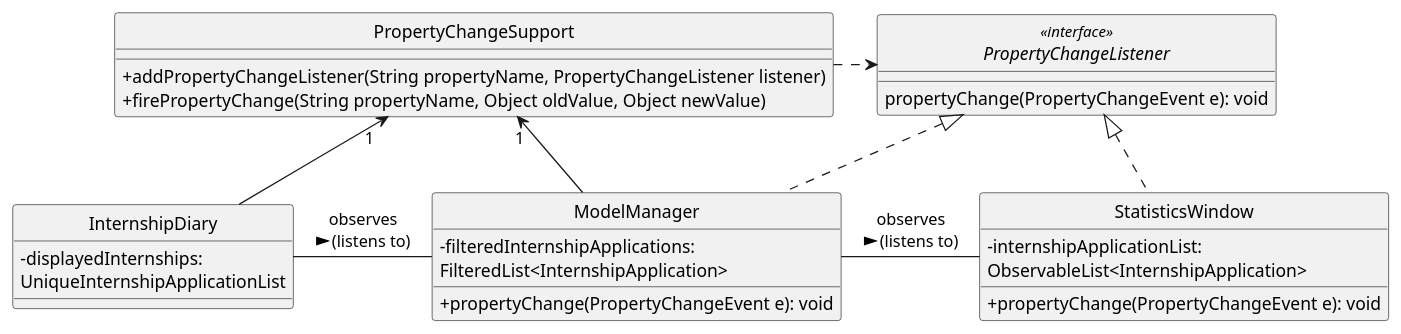
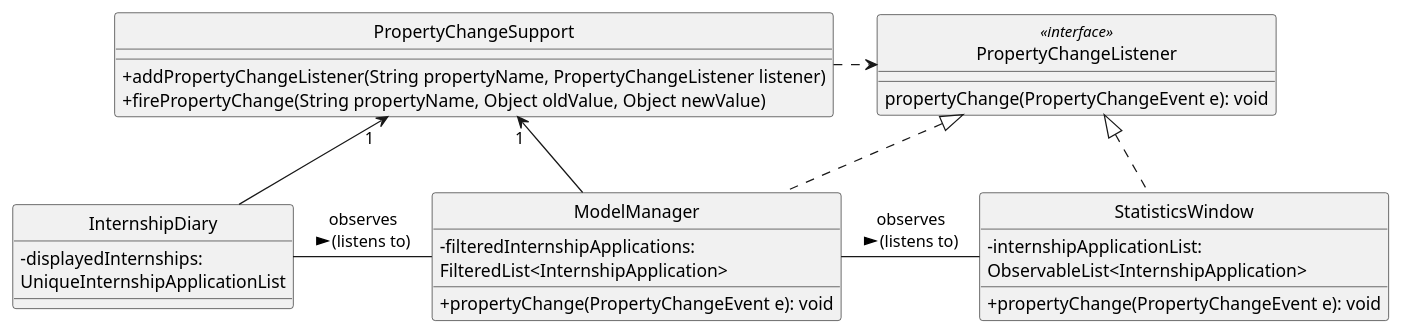
The diagram in docs/diagrams/InternshipDiaryAndModelManagerPropertyChangeClassDiagram.puml (wxwxwxwx9/main), drawn with PlantUML before and after one commit. The commit also changed 9 other files, not shown here.

Commit message:
Created new class diagram for RemovalBased

```diff
--- a/docs/diagrams/InternshipDiaryAndModelManagerPropertyChangeClassDiagram.puml
+++ b/docs/diagrams/InternshipDiaryAndModelManagerPropertyChangeClassDiagram.puml
@@ -1,69 +1,78 @@
 @startuml
 
 hide circle
 skinparam classAttributeIconSize 0
+
+'package Model <<Rectangle>> {
+'    class InternshipDiary
+'    class ModelManager
+'}
+'
+'package UI <<Rectangle>> {
+'    class StatisticsWindow
+'}
 
 Class InternshipDiary {
     - displayedInternships: \nUniqueInternshipApplicationList
 '    - changes: PropertyChangeSupport
 '    + addPropertyChangeListener(ListenerPropertyType propertyType, \nPropertyChangeListener l): void
 '    + firePropertyChange(ListenerPropertyType propertyType, \nObject newValue): void
 }
 
 Class ModelManager implements PropertyChangeListener {
      - filteredInternshipApplications: \nFilteredList<InternshipApplication>
 '    - changes: PropertyChangeSupport
 '    + addPropertyChangeListener(ListenerPropertyType propertyType, \nPropertyChangeListener l): void
 '    + firePropertyChange(ListenerPropertyType propertyType, Object newValue): void
     + propertyChange(PropertyChangeEvent e): void
 '    - refreshFilteredInternshipApplications(Object newInternshipApplications)
 '    - fireAllPropertyChanges(): void
 }
 
 Class StatisticsWindow implements PropertyChangeListener {
     - internshipApplicationList: \nObservableList<InternshipApplication>
     + propertyChange(PropertyChangeEvent e): void
 }
 
-interface PropertyChangeListener <<interface>> {
+class PropertyChangeListener <<interface>> {
     propertyChange(PropertyChangeEvent e): void
 }
 
 class PropertyChangeSupport {
     + addPropertyChangeListener(String propertyName, PropertyChangeListener listener)
     + firePropertyChange(String propertyName, Object oldValue, Object newValue)
 }
 
 InternshipDiary -up-> "1" PropertyChangeSupport
 ModelManager -up-> "1" PropertyChangeSupport
 
 PropertyChangeSupport .right.> PropertyChangeListener
 
 'enum ListenerPropertyType <<enumeration>> {
 '    DISPLAYED_INTERNSHIPS
 '    FILTERED_INTERNSHIP_APPLICATIONS
 '    VIEW_TYPE
 '    COMPARATOR
 '    PREDICATE
 '    DISPLAYED_INTERNSHIP_DETAILS
 '}
 '
 'InternshipDiary ..> ListenerPropertyType
 'ModelManager ..> ListenerPropertyType
 
 StatisticsWindow -left- ModelManager: observes\n (listens to) >
 
 ModelManager -left- InternshipDiary: observes\n (listens to) >
 
 '        logic.addPropertyChangeListener(FILTERED_INTERNSHIP_APPLICATIONS, internshipApplicationListPanel);
 '        logic.addPropertyChangeListener(FILTERED_INTERNSHIP_APPLICATIONS, statisticsWindow);
 '        logic.addPropertyChangeListener(FILTERED_INTERNSHIP_APPLICATIONS, statisticsBarFooter);
 '        logic.addPropertyChangeListener(COMPARATOR, comparatorDisplayFooter);
 '        logic.addPropertyChangeListener(PREDICATE, predicateDisplayFooter);
 '        logic.addPropertyChangeListener(PREDICATE, internshipApplicationDetailSetter);
 '        logic.addPropertyChangeListener(VIEW_TYPE, viewDisplayFooter);
 '        logic.addPropertyChangeListener(DISPLAYED_INTERNSHIP_DETAIL, internshipApplicationDetailSetter);
 
 
 
 @enduml
```
